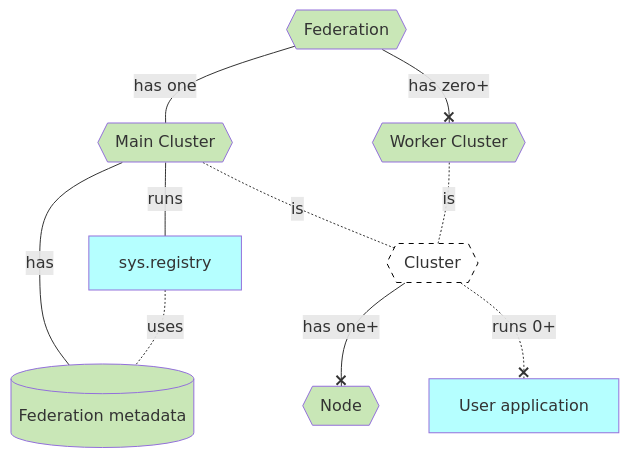
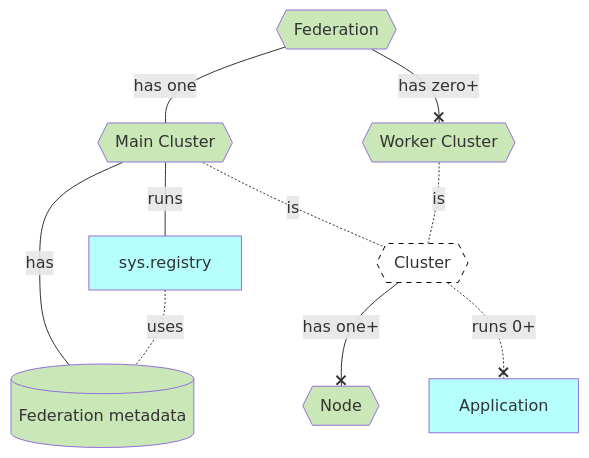
The diagram in concepts/clusters-and-federations.md (voedger/voedger-docs), drawn with Mermaid before and after one commit.

Commit message:
Update application name in cluster and federation concepts

````diff
--- a/concepts/clusters-and-federations.md
+++ b/concepts/clusters-and-federations.md
@@ -11,33 +11,33 @@
 ```mermaid
 flowchart TD
 
 %% Entities ====================
 
 Federation{{Federation}}:::H
 MainCluster{{Main Cluster}}:::H
 WorkerCluster{{Worker Cluster}}:::H
 Registry[sys.registry]:::S
 Cluster{{Cluster}}:::G
 Node{{Node}}:::H
 db.Registry[(Federation metadata)]:::H
-UserApp[User application]:::S
+App[Application]:::S
 
 
 %% Relations ====================
 
 MainCluster ---|runs| Registry
 MainCluster --- |has| db.Registry
 Registry -.-|uses| db.Registry
 
 Federation ---|has one| MainCluster
 Federation --x|has zero+| WorkerCluster
 MainCluster -.-|is| Cluster
 WorkerCluster -.-|is| Cluster
 Cluster --x|has one+| Node
-Cluster -.-x|runs 0+| UserApp
+Cluster -.-x|runs 0+| App
 
 classDef B fill:#FFFFB5
 classDef S fill:#B5FFFF
 classDef H fill:#C9E7B7
 classDef G fill:#FFFFFF,stroke:#000000, stroke-width:1px, stroke-dasharray: 5 5
 ```
````
